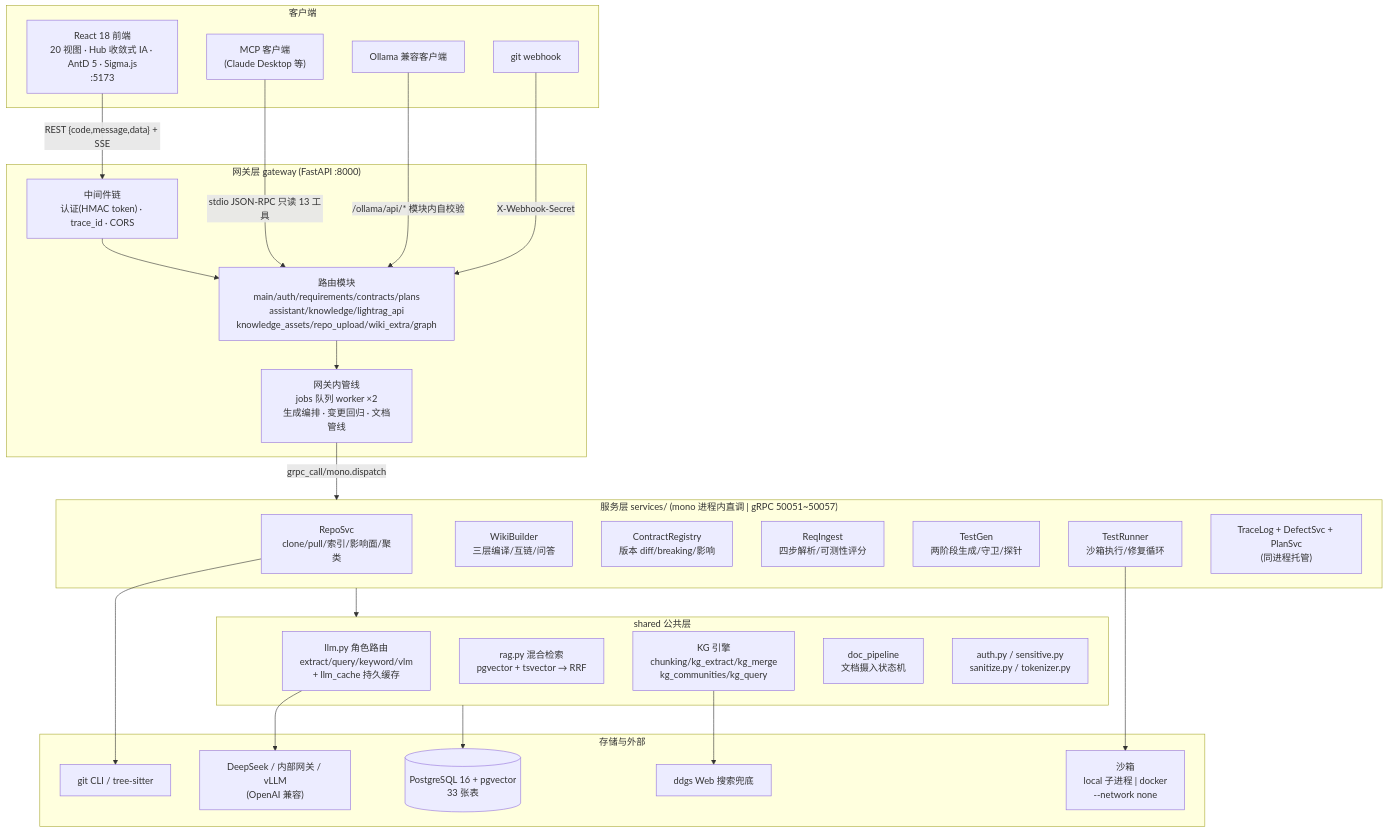
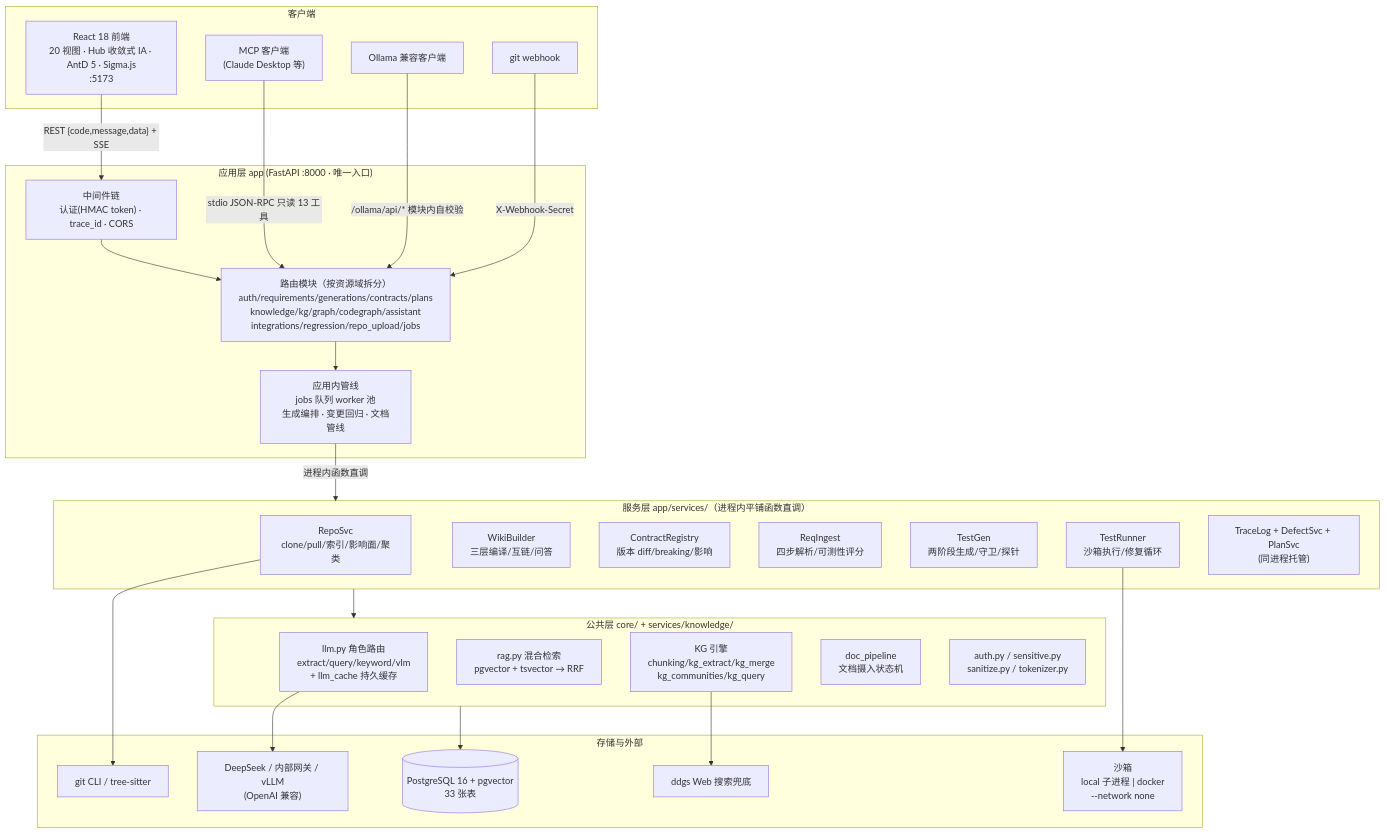
One commit to ChuDiRen/TestForge changed the first of 8 diagrams in docs/TestForge-架构设计.md. Above: the diagram before and after it, drawn with Mermaid. The commit also changed other lines of this file and 395 other files, not shown here.

````diff
--- a/docs/TestForge-架构设计.md
+++ b/docs/TestForge-架构设计.md
@@ -12,54 +12,54 @@
 ```mermaid
 flowchart TB
     subgraph client["客户端"]
         FE["React 18 前端<br/>20 视图 · Hub 收敛式 IA · AntD 5 · Sigma.js<br/>:5173"]
         MCP["MCP 客户端<br/>(Claude Desktop 等)"]
         OL["Ollama 兼容客户端"]
         GH["git webhook"]
     end
 
-    subgraph gw["网关层 gateway (FastAPI :8000)"]
+    subgraph gw["应用层 app (FastAPI :8000 · 唯一入口)"]
         MW["中间件链<br/>认证(HMAC token) · trace_id · CORS"]
-        RT["路由模块<br/>main/auth/requirements/contracts/plans<br/>assistant/knowledge/lightrag_api<br/>knowledge_assets/repo_upload/wiki_extra/graph"]
-        PIPE["网关内管线<br/>jobs 队列 worker ×2<br/>生成编排 · 变更回归 · 文档管线"]
+        RT["路由模块（按资源域拆分）<br/>auth/requirements/generations/contracts/plans<br/>knowledge/kg/graph/codegraph/assistant<br/>integrations/regression/repo_upload/jobs"]
+        PIPE["应用内管线<br/>jobs 队列 worker 池<br/>生成编排 · 变更回归 · 文档管线"]
     end
 
-    subgraph svc["服务层 services/ (mono 进程内直调 | gRPC 50051~50057)"]
+    subgraph svc["服务层 app/services/（进程内平铺函数直调）"]
         REPO["RepoSvc<br/>clone/pull/索引/影响面/聚类"]
         WIKI["WikiBuilder<br/>三层编译/互链/问答"]
         CR["ContractRegistry<br/>版本 diff/breaking/影响"]
         REQ["ReqIngest<br/>四步解析/可测性评分"]
         TG["TestGen<br/>两阶段生成/守卫/探针"]
         RUN["TestRunner<br/>沙箱执行/修复循环"]
         TR["TraceLog + DefectSvc + PlanSvc<br/>(同进程托管)"]
     end
 
-    subgraph shared["shared 公共层"]
+    subgraph shared["公共层 core/ + services/knowledge/"]
         LLM["llm.py 角色路由<br/>extract/query/keyword/vlm<br/>+ llm_cache 持久缓存"]
         RAG["rag.py 混合检索<br/>pgvector + tsvector → RRF"]
         KG["KG 引擎<br/>chunking/kg_extract/kg_merge<br/>kg_communities/kg_query"]
         DOC["doc_pipeline<br/>文档摄入状态机"]
         AUTH["auth.py / sensitive.py<br/>sanitize.py / tokenizer.py"]
     end
 
     subgraph store["存储与外部"]
         PG[("PostgreSQL 16 + pgvector<br/>33 张表")]
         LLMX["DeepSeek / 内部网关 / vLLM<br/>(OpenAI 兼容)"]
         SBX["沙箱<br/>local 子进程 | docker<br/>--network none"]
         DDGS["ddgs Web 搜索兜底"]
         GIT["git CLI / tree-sitter"]
     end
 
     FE -->|"REST {code,message,data} + SSE"| MW
     MCP -->|"stdio JSON-RPC 只读 13 工具"| RT
     OL -->|"/ollama/api/* 模块内自校验"| RT
     GH -->|"X-Webhook-Secret"| RT
     MW --> RT --> PIPE
-    PIPE -->|"grpc_call/mono.dispatch"| svc
+    PIPE -->|"进程内函数直调"| svc
     svc --> shared
     shared --> PG
     LLM --> LLMX
     RUN --> SBX
     REPO --> GIT
     KG --> DDGS
 ```
````
